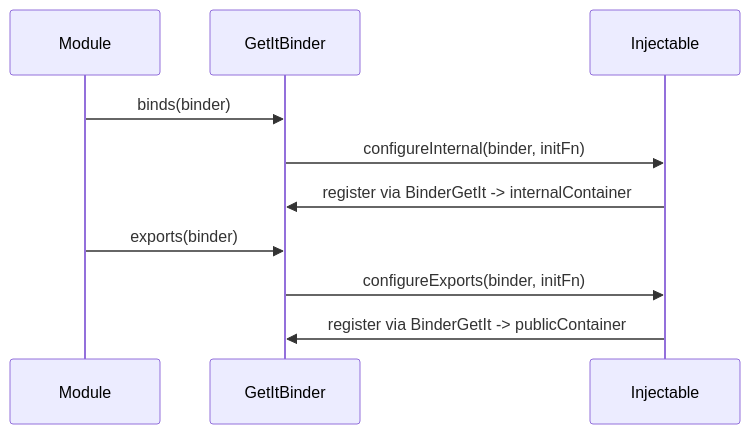
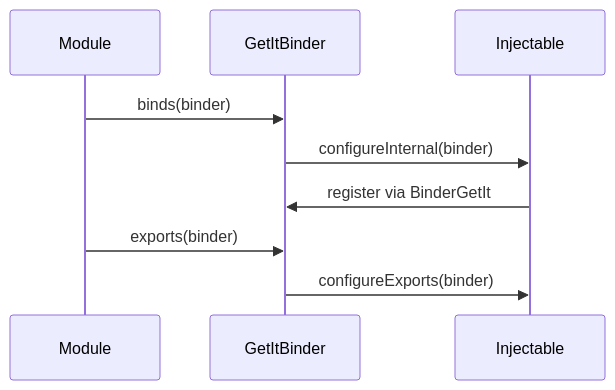
One commit to cherrypick-agency/modularity_dart changed the first of 2 diagrams in docs-site/guide/modularity_workspace/injectable-integration.md. Above: the diagram before and after it, drawn with Mermaid. The commit also changed other lines of this file and 12 other files, not shown here.

````diff
--- a/docs-site/guide/modularity_workspace/injectable-integration.md
+++ b/docs-site/guide/modularity_workspace/injectable-integration.md
@@ -186,12 +170,11 @@
 ```mermaid
 sequenceDiagram
     participant M as Module
     participant B as GetItBinder
     participant I as Injectable
     M->>B: binds(binder)
-    B->>I: configureInternal(binder, initFn)
-    I->>B: register via BinderGetIt -> internalContainer
+    B->>I: configureInternal(binder)
+    I->>B: register via BinderGetIt
     M->>B: exports(binder)
-    B->>I: configureExports(binder, initFn)
-    I->>B: register via BinderGetIt -> publicContainer
+    B->>I: configureExports(binder)
 ```
````
